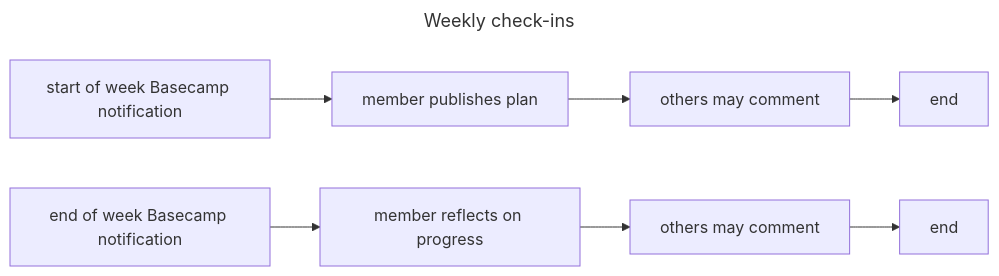
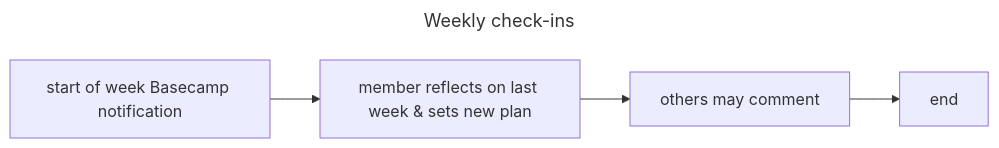
One commit to khaldoun-xyz/standard changed the fifth of 5 diagrams in docs/processes.md. Above: the diagram before and after it, drawn with Mermaid. The commit also changed other lines of this file, not shown here.

```diff
--- a/docs/processes.md
+++ b/docs/processes.md
@@ -136,12 +135,9 @@
 ~~~mermaid
 ---
 title: Weekly check-ins
 ---
 flowchart LR
-  A[start of week Basecamp notification] --> B[member publishes plan]
+  A[start of week Basecamp notification] --> B[member reflects on last week & sets new plan]
   B --> C[others may comment]
   C --> D[end]
-  E[end of week Basecamp notification] --> F[member reflects on progress]
-  F --> G[others may comment]
-  G --> H[end]
 ~~~
```
